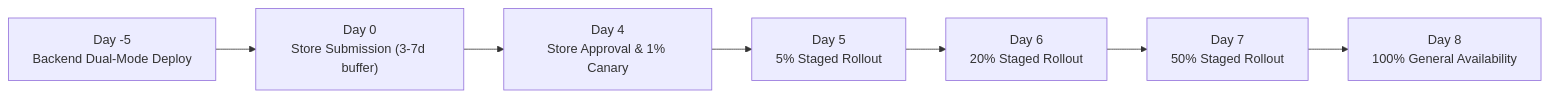
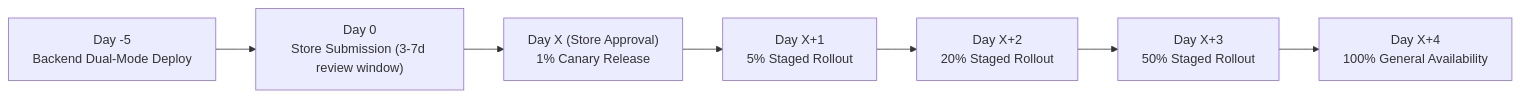
The second of 2 diagrams in final_submission/source/01_Assignment_Answer.md (aaditya156/merge-kingdom-v25), drawn with Mermaid before and after one commit. The commit also changed other lines of this file, not shown here.

Commit message:
fix(review): remove 3.4x claim, qualify PFP overcompensation, label 1:1 proposal, add state conflict matrix, and correct rollout timeline

````diff
--- a/final_submission/source/01_Assignment_Answer.md
+++ b/final_submission/source/01_Assignment_Answer.md
@@ -367,9 +374,9 @@
 ```mermaid
 flowchart LR
-    D_Prep["Day -5<br>Backend Dual-Mode Deploy"] --> D_Sub["Day 0<br>Store Submission (3-7d buffer)"]
-    D_Sub --> D_App["Day 4<br>Store Approval & 1% Canary"]
-    D_App --> D_Stg1["Day 5<br>5% Staged Rollout"]
-    D_Stg1 --> D_Stg2["Day 6<br>20% Staged Rollout"]
-    D_Stg2 --> D_Stg3["Day 7<br>50% Staged Rollout"]
-    D_Stg3 --> D_Full["Day 8<br>100% General Availability"]
+    D_Prep["Day -5<br>Backend Dual-Mode Deploy"] --> D_Sub["Day 0<br>Store Submission (3-7d review window)"]
+    D_Sub --> D_App["Day X (Store Approval)<br>1% Canary Release"]
+    D_App --> D_Stg1["Day X+1<br>5% Staged Rollout"]
+    D_Stg1 --> D_Stg2["Day X+2<br>20% Staged Rollout"]
+    D_Stg2 --> D_Stg3["Day X+3<br>50% Staged Rollout"]
+    D_Stg3 --> D_Full["Day X+4<br>100% General Availability"]
 ```
````
